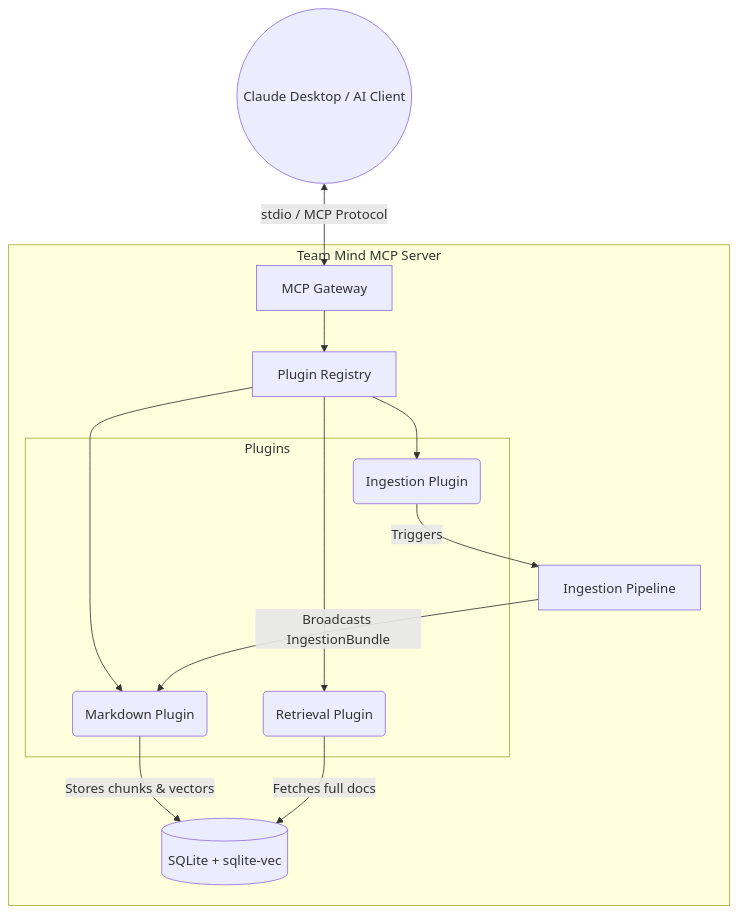
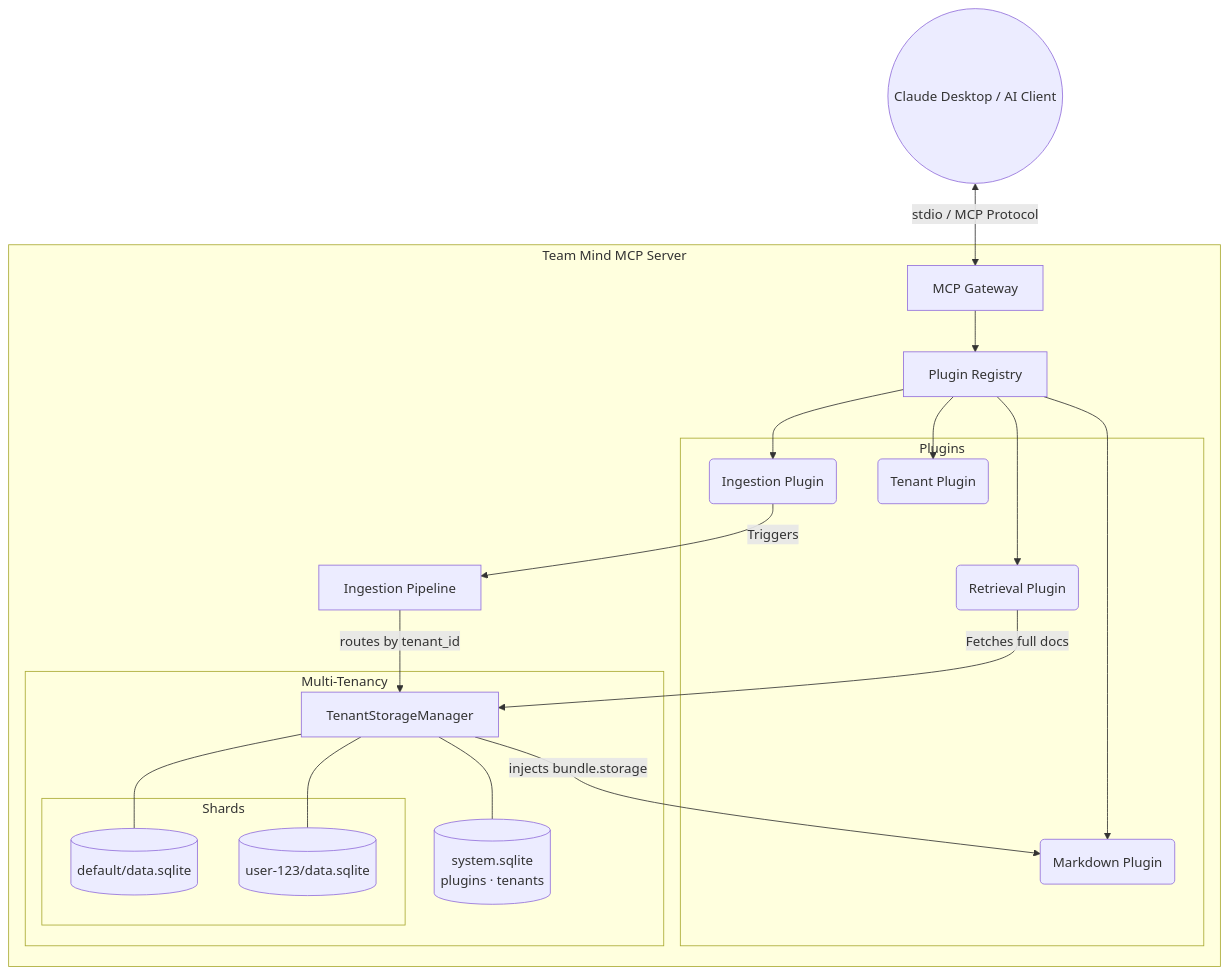
One commit to gr8routdoors/team-mind changed the diagram in README.md. Above: the diagram before and after it, drawn with Mermaid. The commit also changed other lines of this file and 35 other files, not shown here.

First line of the commit message:
feat: multi-tenancy and metadata search (SPEC-010) (#17)

````diff
--- a/README.md
+++ b/README.md
@@ -9,35 +9,46 @@
 ```mermaid
 graph TD
     %% AI Clients
     Claude((Claude Desktop / AI Client))
 
     %% Core Engine
     subgraph Core Engine [Team Mind MCP Server]
         Gateway[MCP Gateway]
         Registry[Plugin Registry]
         Pipeline[Ingestion Pipeline]
-        
+
         %% Plugins
         subgraph Plugins
             IngestPlugin(Ingestion Plugin)
             RetrievePlugin(Retrieval Plugin)
             MarkdownPlugin(Markdown Plugin)
+            TenantPlugin(Tenant Plugin)
         end
-        
-        %% Storage
-        DB[(SQLite + sqlite-vec)]
+
+        %% Multi-Tenancy Layer
+        subgraph Multi-Tenancy
+            TSM[TenantStorageManager]
+            SYS[(system.sqlite<br/>plugins · tenants)]
+            subgraph Shards
+                DB1[(default/data.sqlite)]
+                DB2[(user-123/data.sqlite)]
+            end
+        end
     end
 
     %% Connections
     Claude <-->|stdio / MCP Protocol| Gateway
     Gateway --> Registry
     Registry --> IngestPlugin
     Registry --> RetrievePlugin
     Registry --> MarkdownPlugin
-    
+    Registry --> TenantPlugin
+
     IngestPlugin -->|Triggers| Pipeline
-    Pipeline -->|Broadcasts IngestionBundle| MarkdownPlugin
-    
-    MarkdownPlugin -->|Stores chunks & vectors| DB
-    RetrievePlugin -->|Fetches full docs| DB
+    Pipeline -->|routes by tenant_id| TSM
+    TSM -->|injects bundle.storage| MarkdownPlugin
+    TSM --- SYS
+    TSM --- DB1
+    TSM --- DB2
+    RetrievePlugin -->|Fetches full docs| TSM
 ```
````
